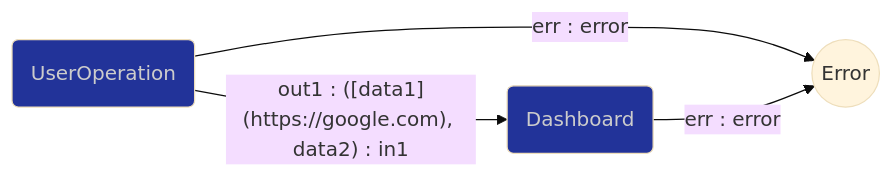
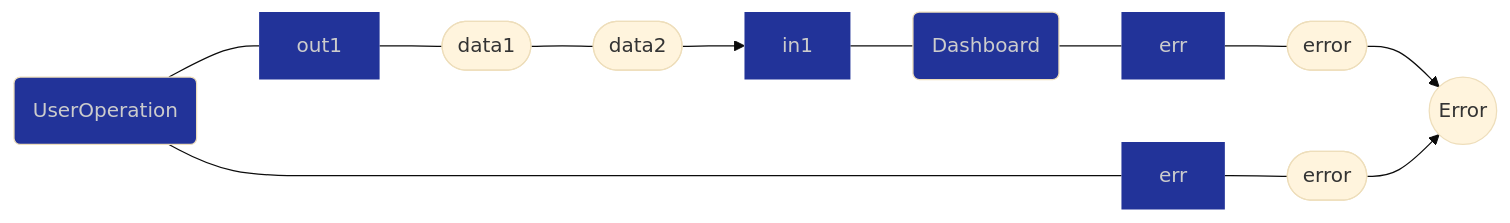
One commit to flowdev/flow-dsl changed the diagram in mermaid/test-links.md. Above: the diagram before and after it, drawn with Mermaid (base theme).

Commit message:
test different components.

````diff
--- a/mermaid/test-links.md
+++ b/mermaid/test-links.md
@@ -3,16 +3,33 @@
 ```mermaid
 flowchart LR
     user("UserOperation")
+    user_out1["out1"]
+    user_data1([data1])
+    user_data2([data2])
+    user_err["err"]
+    user_error(["error"])
     dash("Dashboard")
+    dash_in1["in1"]
+    dash_err["err"]
+    dash_error(["error"])
     err(("Error"))
 
-    user -- "`out1 : ([data1](https://google.com), data2) : in1`" --> dash
-    user -- err : error --> err
-    dash -- err : error --> err
+    user --- user_out1
+    user_out1 --- user_data1 --- user_data2 --> dash_in1
+    dash_in1 --- dash
+    dash --- dash_err
+    dash_err --- dash_error --> err
+    user --- user_err
+    user_err --- user_error --> err
 
-    click dash "https://google.com" _blank
-    click user "../README.md" _blank
-    classDef blue fill:#239,color:#ccc;
-    class user blue
-    class dash blue
+    click dash "https://google.com"
+    click user "../README.md"
+    classDef comp fill:#239,color:#ccc;
+    classDef port fill:#239,color:#ccc,stroke-width:0;
+    class user comp
+    class user_out1 port
+    class user_err port
+    class dash_in1 port
+    class dash comp
+    class dash_err port
 ```
````
